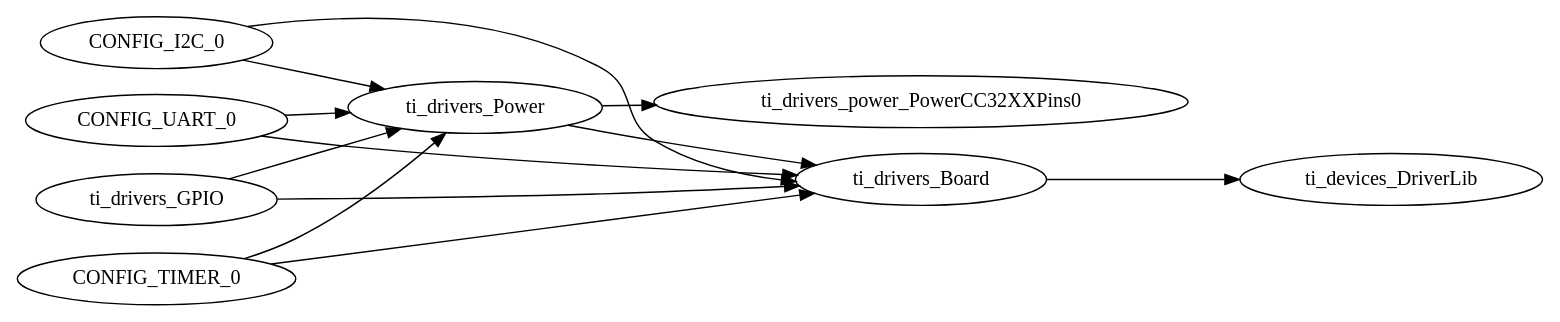
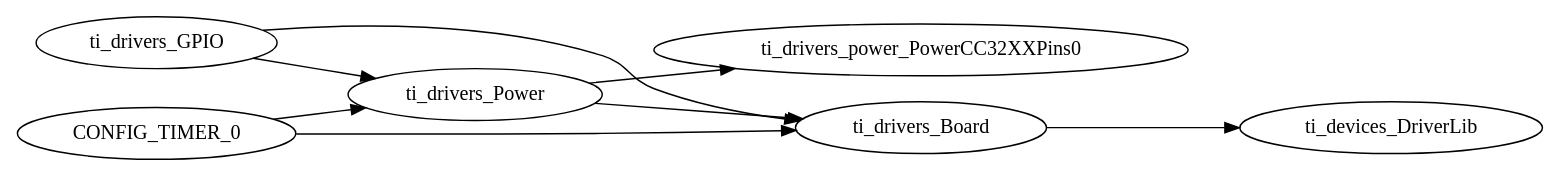
Before and after one commit to AnthonyBaratti/CS-350-Emerging-Systems-Architecture: the diagram in gpiointerrupt_CC3220S_LAUNCHXL_nortos_ccs/Debug/syscfg/ti_utils_runtime_model.gv, drawn with Graphviz. The commit also changed 13 other files, not shown here.

```diff
--- a/gpiointerrupt_CC3220S_LAUNCHXL_nortos_ccs/Debug/syscfg/ti_utils_runtime_model.gv
+++ b/gpiointerrupt_CC3220S_LAUNCHXL_nortos_ccs/Debug/syscfg/ti_utils_runtime_model.gv
@@ -1,33 +1,25 @@
 digraph Model
 {
     graph[rankdir=LR]
 
     // mod.$name=/ti/devices/DriverLib
 
     // mod.$name=/ti/drivers/Board
     ti_drivers_Board -> ti_devices_DriverLib
 
     // mod.$name=/ti/drivers/GPIO
     ti_drivers_GPIO -> ti_drivers_Power
     ti_drivers_GPIO -> ti_drivers_Board
 
-    // mod.$name=/ti/drivers/I2C
-    CONFIG_I2C_0 -> ti_drivers_Power
-    CONFIG_I2C_0 -> ti_drivers_Board
-
     // mod.$name=/ti/drivers/Power
     ti_drivers_Power -> ti_drivers_Board
     ti_drivers_Power -> ti_drivers_power_PowerCC32XXPins0
 
     // mod.$name=/ti/drivers/RTOS
 
     // mod.$name=/ti/drivers/Timer
     CONFIG_TIMER_0 -> ti_drivers_Power
     CONFIG_TIMER_0 -> ti_drivers_Board
 
-    // mod.$name=/ti/drivers/UART
-    CONFIG_UART_0 -> ti_drivers_Power
-    CONFIG_UART_0 -> ti_drivers_Board
-
     // mod.$name=/ti/drivers/power/PowerCC32XXPins
 }
```
